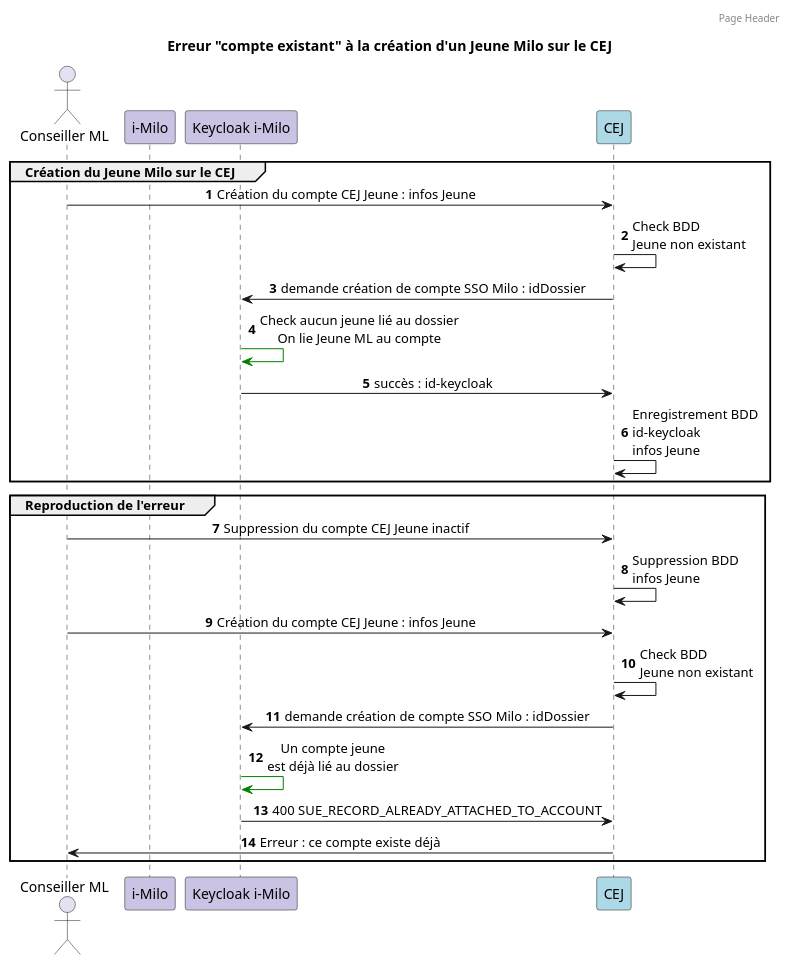
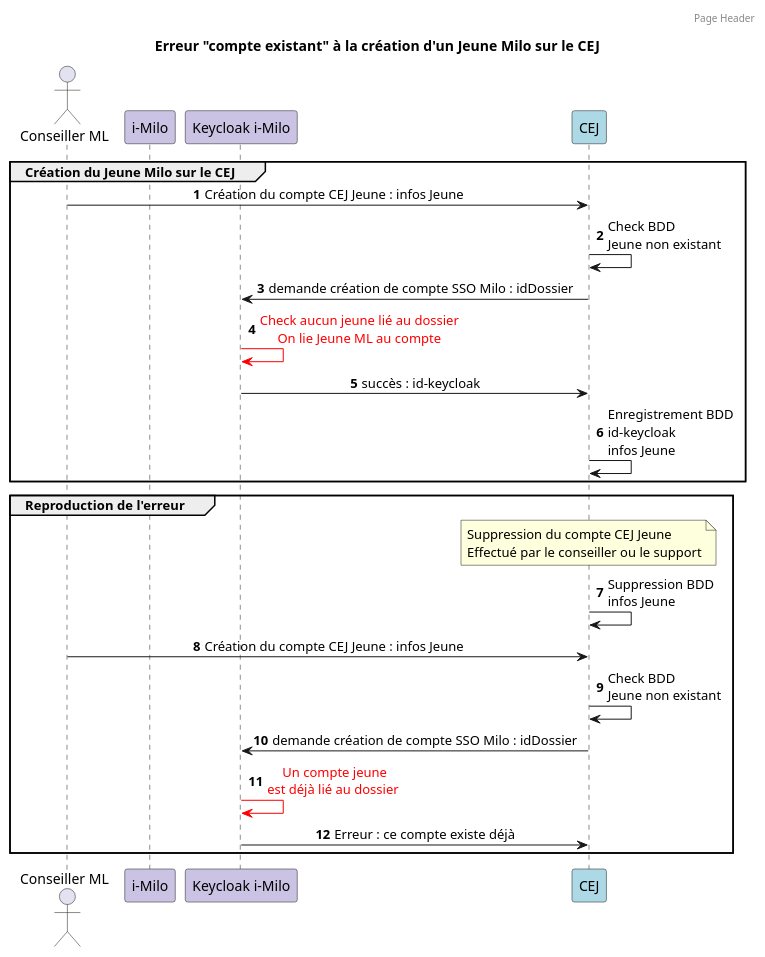
Before and after one commit to SocialGouv/pass-emploi-api: the diagram in docs/diagrammes/authentification-erreur-compte-existant.puml, drawn with PlantUML. The commit also changed 10 other files, not shown here.

Commit message:
feat: sub lors de la creation du jeune milo

```diff
--- a/docs/diagrammes/authentification-erreur-compte-existant.puml
+++ b/docs/diagrammes/authentification-erreur-compte-existant.puml
@@ -1,43 +1,42 @@
 @startuml
 
 skinparam backgroundColor white
 
 actor "Conseiller ML" as conseiller
 participant "i-Milo" as milo #CBC3E3
 participant "Keycloak i-Milo" as kckMilo 	#CBC3E3
 participant "CEJ" as cej #ADD8E6
 
 header Page Header
 
 title Erreur "compte existant" à la création d'un Jeune Milo sur le CEJ
 
 autonumber
 group Création du Jeune Milo sur le CEJ
 skinparam sequenceMessageAlign right
 conseiller -> cej : Création du compte CEJ Jeune : infos Jeune
 skinparam sequenceMessageAlign left
 cej -> cej : Check BDD\nJeune non existant
 
 skinparam sequenceMessageAlign center
 cej -> kckMilo :demande création de compte SSO Milo : idDossier
-kckMilo -[#green]> kckMilo : Check aucun jeune lié au dossier\nOn lie Jeune ML au compte
+kckMilo -[#red]> kckMilo : <color:red>Check aucun jeune lié au dossier\n<color:red>On lie Jeune ML au compte
 kckMilo -> cej : succès : id-keycloak
 
 skinparam sequenceMessageAlign left
 cej -> cej : Enregistrement BDD\nid-keycloak\ninfos Jeune
 end
 
 group Reproduction de l'erreur
-conseiller -> cej : Suppression du compte CEJ Jeune inactif
+note over  cej : Suppression du compte CEJ Jeune\nEffectué par le conseiller ou le support
 cej -> cej : Suppression BDD\ninfos Jeune
 conseiller -> cej : Création du compte CEJ Jeune : infos Jeune
 skinparam sequenceMessageAlign left
 cej -> cej : Check BDD\nJeune non existant
 
 skinparam sequenceMessageAlign center
 cej -> kckMilo : demande création de compte SSO Milo : idDossier
-kckMilo -[#green]> kckMilo : Un compte jeune\nest déjà lié au dossier
-kckMilo -> cej : 400 SUE_RECORD_ALREADY_ATTACHED_TO_ACCOUNT
-cej -> conseiller : Erreur : ce compte existe déjà
+kckMilo -[#red]> kckMilo :<color:red> Un compte jeune\n<color:red>est déjà lié au dossier
+kckMilo -> cej : Erreur : ce compte existe déjà
 end
 @enduml
```
